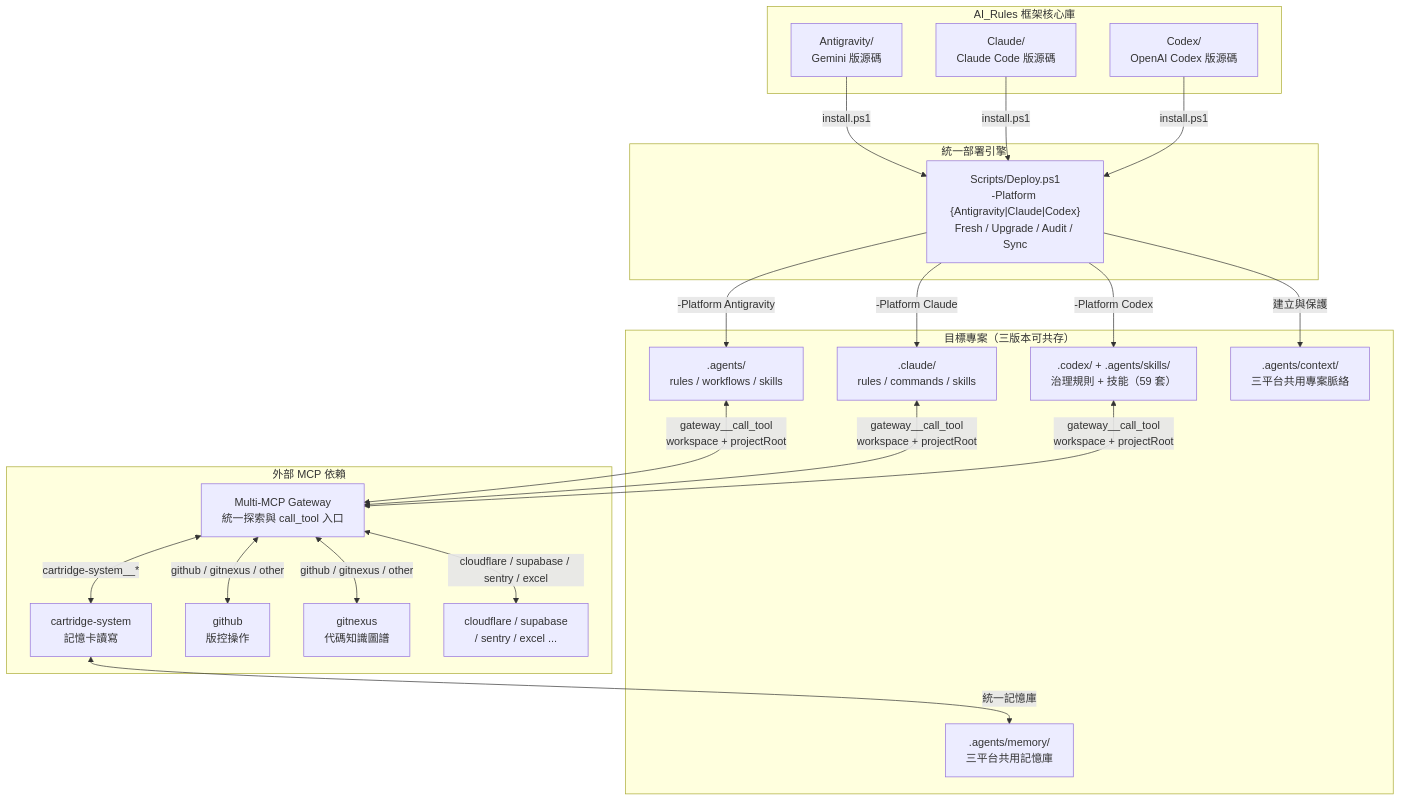
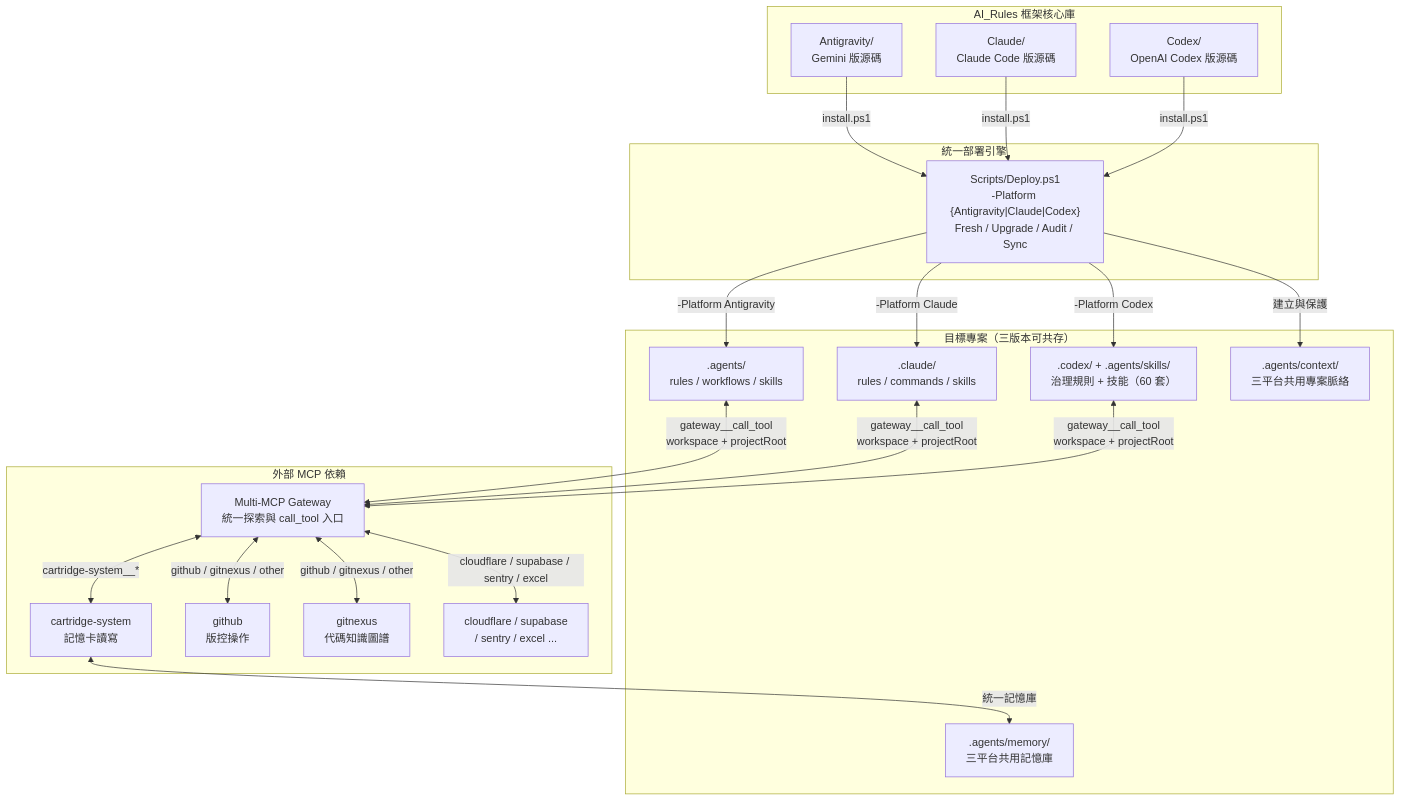
One commit to Kunshao1117/AI_Rules changed the first of 3 diagrams in README.md. Above: the diagram before and after it, drawn with Mermaid. The commit also changed other lines of this file and 78 other files, not shown here.

````diff
--- a/README.md
+++ b/README.md
@@ -253,44 +255,44 @@
 ```mermaid
 graph TB
     subgraph "AI_Rules 框架核心庫"
         AG["Antigravity/<br/>Gemini 版源碼"]
         CL["Claude/<br/>Claude Code 版源碼"]
         CX["Codex/<br/>OpenAI Codex 版源碼"]
     end
 
     subgraph "統一部署引擎"
         DEPLOY["Scripts/Deploy.ps1<br/>-Platform {Antigravity|Claude|Codex}<br/>Fresh / Upgrade / Audit / Sync"]
     end
 
     subgraph "目標專案（三版本可共存）"
         AGE[".agents/<br/>rules / workflows / skills"]
         CLE[".claude/<br/>rules / commands / skills"]
-        CXE[".codex/ + .agents/skills/<br/>治理規則 + 技能（59 套）"]
+        CXE[".codex/ + .agents/skills/<br/>治理規則 + 技能（60 套）"]
         MEM[".agents/memory/<br/>三平台共用記憶庫"]
         CTX[".agents/context/<br/>三平台共用專案脈絡"]
     end
 
     subgraph "外部 MCP 依賴"
         GW["Multi-MCP Gateway<br/>統一探索與 call_tool 入口"]
         CART["cartridge-system<br/>記憶卡讀寫"]
         GH["github<br/>版控操作"]
         GN["gitnexus<br/>代碼知識圖譜"]
         OTHER["cloudflare / supabase<br/>/ sentry / excel ..."]
     end
 
     AG -->|"install.ps1"| DEPLOY
     CL -->|"install.ps1"| DEPLOY
     CX -->|"install.ps1"| DEPLOY
     DEPLOY -->|"-Platform Antigravity"| AGE
     DEPLOY -->|"-Platform Claude"| CLE
     DEPLOY -->|"-Platform Codex"| CXE
     AGE <-->|"gateway__call_tool<br/>workspace + projectRoot"| GW
     CLE <-->|"gateway__call_tool<br/>workspace + projectRoot"| GW
     CXE <-->|"gateway__call_tool<br/>workspace + projectRoot"| GW
     GW <-->|"cartridge-system__*"| CART
     GW <-->|"github / gitnexus / other"| GH
     GW <-->|"github / gitnexus / other"| GN
     GW <-->|"cloudflare / supabase / sentry / excel"| OTHER
     CART <-->|"統一記憶庫"| MEM
     DEPLOY -->|"建立與保護"| CTX
 ```
````
